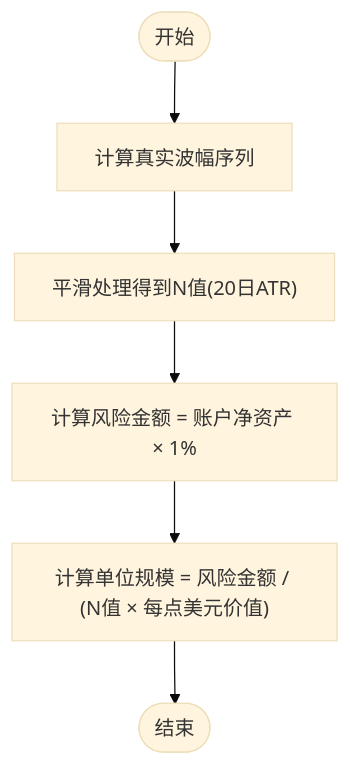
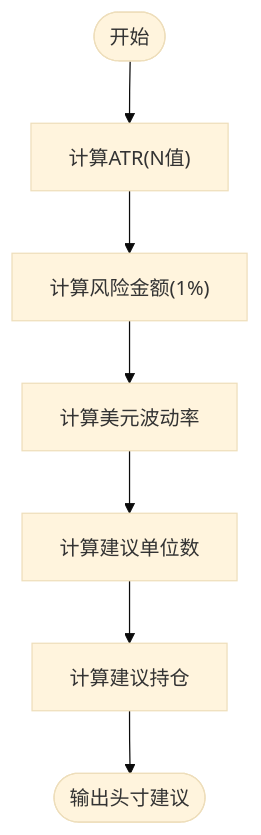
One commit to raymodny-ai/The-Modern-Turtle-Protocol changed the fourth of 7 diagrams in .qoder/repowiki/zh/content/核心功能模块/策略计算模块.md. Above: the diagram before and after it, drawn with Mermaid (base theme). The commit also changed other lines of this file and 15 other files, not shown here.

````diff
--- a/.qoder/repowiki/zh/content/核心功能模块/策略计算模块.md
+++ b/.qoder/repowiki/zh/content/核心功能模块/策略计算模块.md
@@ -157,8 +193,9 @@
 ```mermaid
 flowchart TD
-A(["开始"]) --> B["计算真实波幅序列"]
-B --> C["平滑处理得到N值(20日ATR)"]
-C --> D["计算风险金额 = 账户净资产 × 1%"]
-D --> E["计算单位规模 = 风险金额 / (N值 × 每点美元价值)"]
-E --> F(["结束"])
+A(["开始"]) --> B["计算ATR(N值)"]
+B --> C["计算风险金额(1%)"]
+C --> D["计算美元波动率"]
+D --> E["计算建议单位数"]
+E --> F["计算建议持仓"]
+F --> G(["输出头寸建议"])
 ```
````
